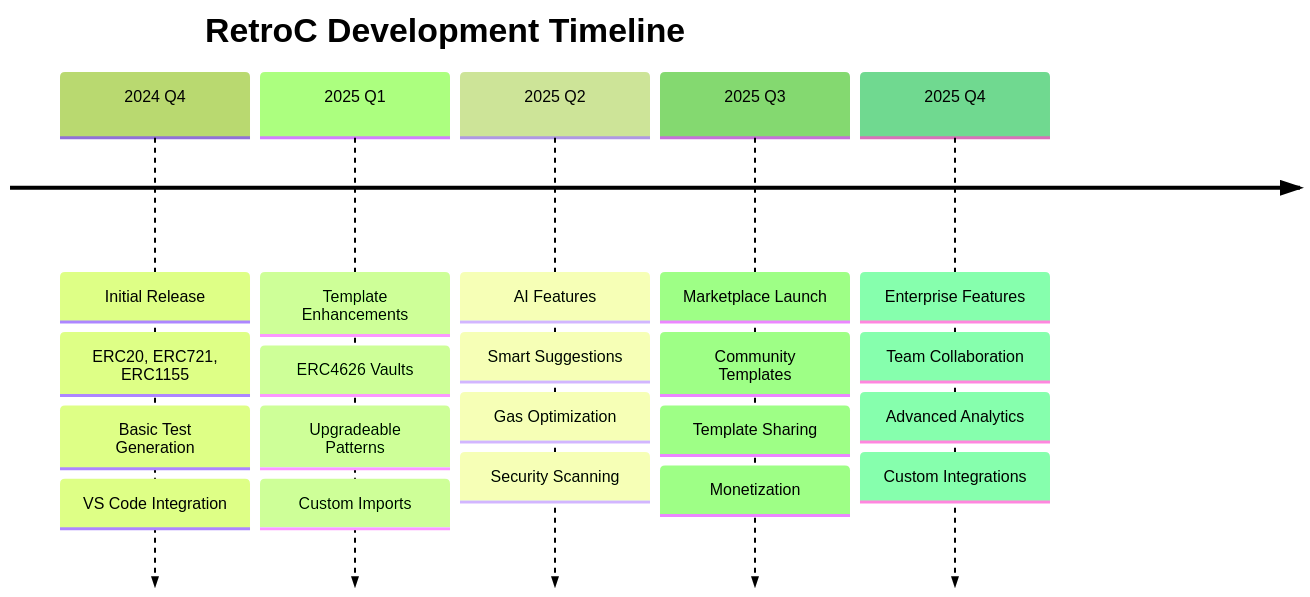
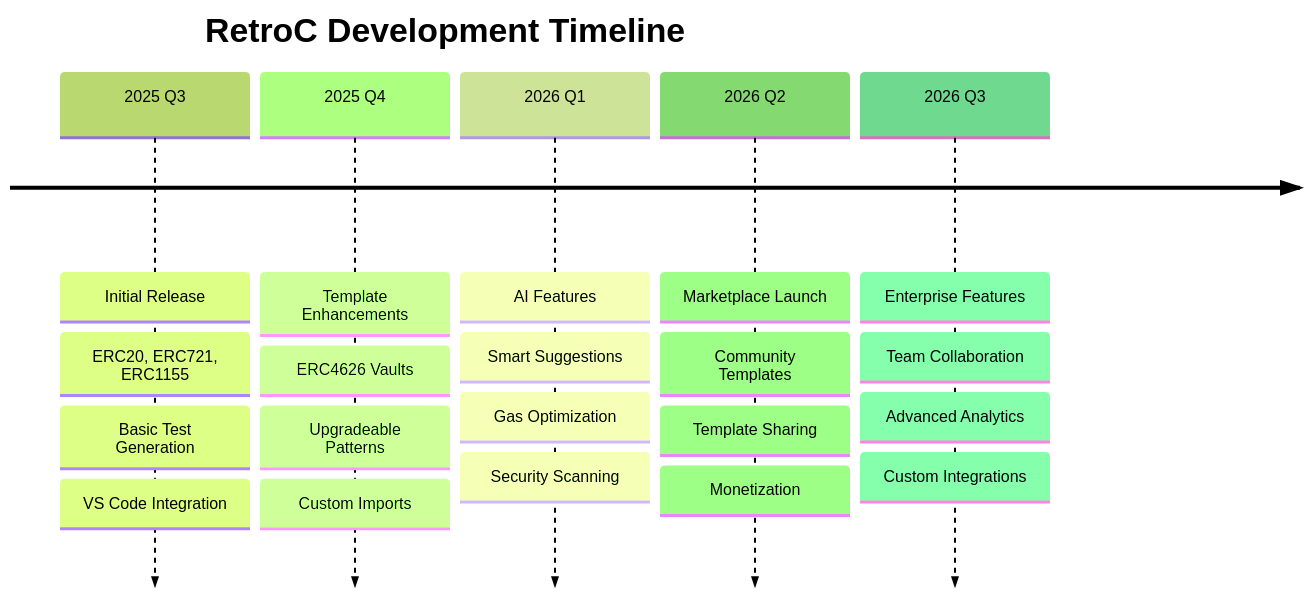
The fifth of 5 diagrams in README.md (CodeDemon10/GenerTIC), drawn with Mermaid (forest theme) before and after one commit. The commit also changed other lines of this file, not shown here.

First line of the commit message:
Revise project timeline and version release dates

````diff
--- a/README.md
+++ b/README.md
@@ -1253,29 +1290,29 @@
 ```mermaid
 timeline
     title RetroC Development Timeline
     
-    2024 Q4 : Initial Release
+    2025 Q3 : Initial Release
             : ERC20, ERC721, ERC1155
             : Basic Test Generation
             : VS Code Integration
     
-    2025 Q1 : Template Enhancements
+    2025 Q4 : Template Enhancements
             : ERC4626 Vaults
             : Upgradeable Patterns
             : Custom Imports
     
-    2025 Q2 : AI Features
+    2026 Q1 : AI Features
             : Smart Suggestions
             : Gas Optimization
             : Security Scanning
     
-    2025 Q3 : Marketplace Launch
+    2026 Q2 : Marketplace Launch
             : Community Templates
             : Template Sharing
             : Monetization
     
-    2025 Q4 : Enterprise Features
+    2026 Q3 : Enterprise Features
             : Team Collaboration
             : Advanced Analytics
             : Custom Integrations
 ```
````
